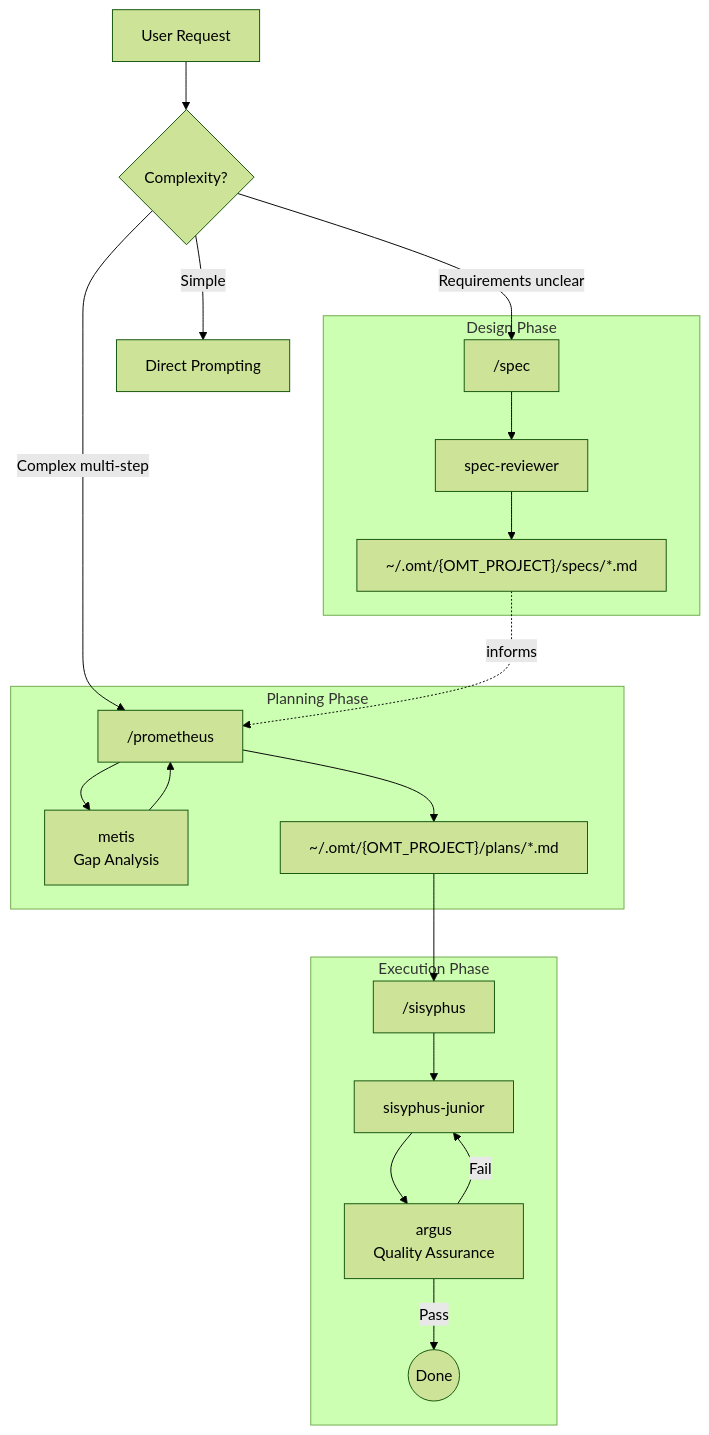
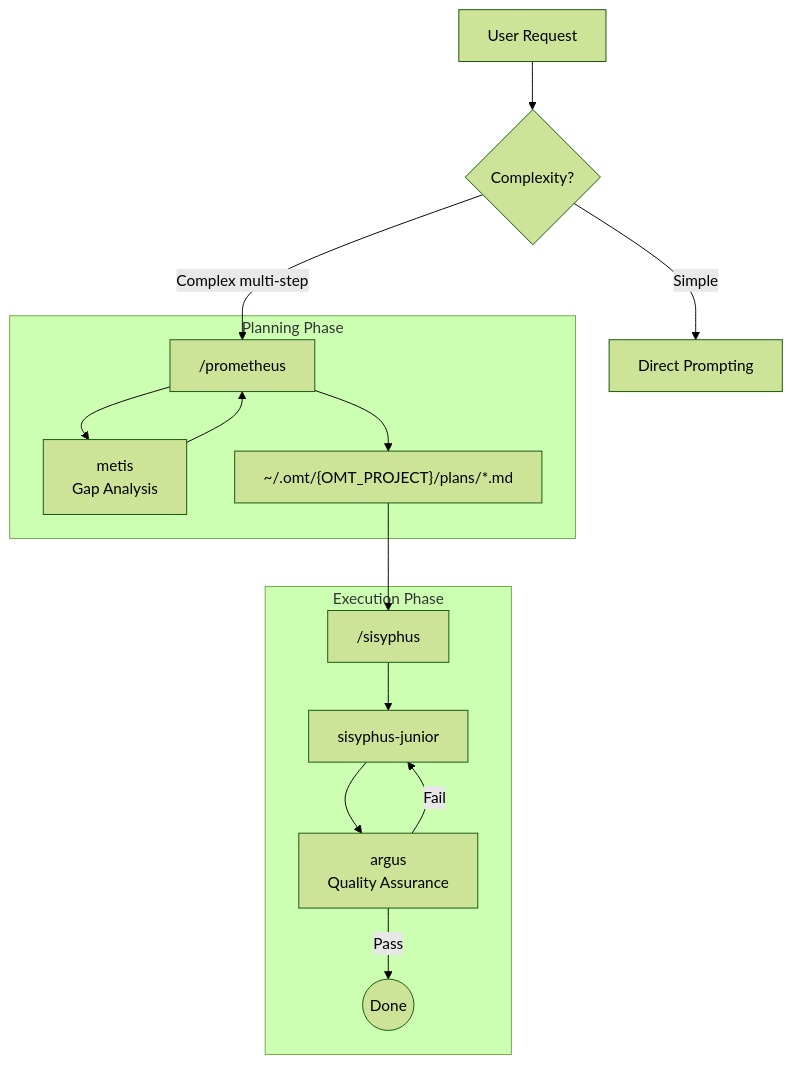
The diagram in docs/ORCHESTRATION.en.md (toongri/oh-my-toong-playground), drawn with Mermaid (forest theme) before and after one commit. The commit also changed other lines of this file and 65 other files, not shown here.

First line of the commit message:
chore: spec·spec-review 스킬 및 spec-reviewer 제거

````diff
--- a/docs/ORCHESTRATION.en.md
+++ b/docs/ORCHESTRATION.en.md
@@ -50,29 +46,21 @@
 ```mermaid
 flowchart TD
     User[User Request] --> Decision{Complexity?}
 
     Decision -->|Simple| Direct[Direct Prompting]
-    Decision -->|Requirements unclear| Spec
     Decision -->|Complex multi-step| Prometheus
-
-    subgraph Design Phase
-        Spec["/spec"] --> SpecReviewer[spec-reviewer]
-        SpecReviewer --> SpecFile["~/.omt/{OMT_PROJECT}/specs/*.md"]
-    end
 
     subgraph Planning Phase
         Prometheus["/prometheus"] --> Metis[metis<br/>Gap Analysis]
         Metis --> Prometheus
         Prometheus --> PlanFile["~/.omt/{OMT_PROJECT}/plans/*.md"]
     end
-
-    SpecFile -.->|informs| Prometheus
 
     subgraph Execution Phase
         PlanFile --> Sisyphus["/sisyphus"]
         Sisyphus --> Junior[sisyphus-junior]
         Junior --> QA[argus<br/>Quality Assurance]
         QA -->|Pass| Done((Done))
         QA -->|Fail| Junior
     end
 ```
````
